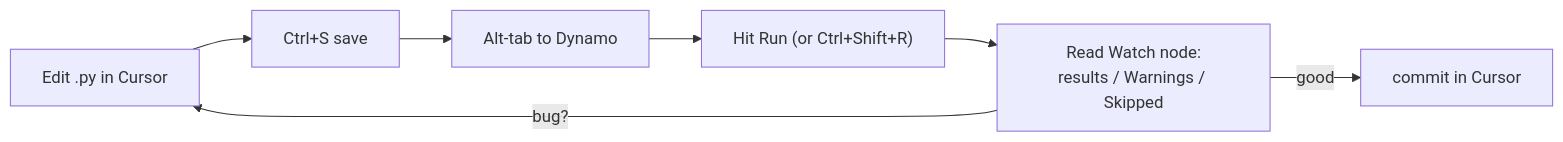
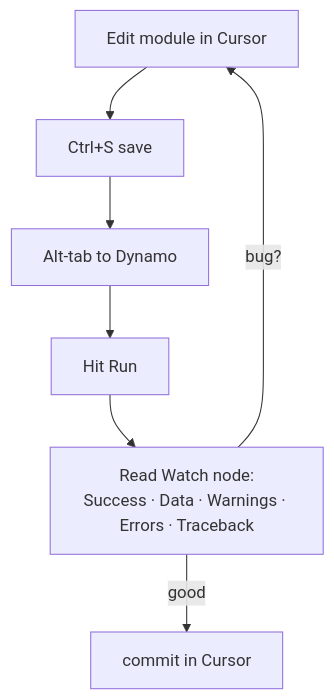
The second of 3 diagrams in docs/dev-env/dynamo-node-workflow.md (PrathamGitHub/dynamo-python-node-docs-v1), drawn with Mermaid before and after one commit. The commit also changed other lines of this file and 5 other files, not shown here.

First line of the commit message:
Refactor documentation to standardize results schema and improve context management examples

````diff
--- a/docs/dev-env/dynamo-node-workflow.md
+++ b/docs/dev-env/dynamo-node-workflow.md
@@ -96,9 +149,9 @@
 ```mermaid
-flowchart LR
-    A["Edit .py in Cursor"] --> B["Ctrl+S save"]
+flowchart TD
+    A["Edit module in Cursor"] --> B["Ctrl+S save"]
     B --> C["Alt-tab to Dynamo"]
-    C --> D["Hit Run (or Ctrl+Shift+R)"]
-    D --> E["Read Watch node:<br/>results / Warnings / Skipped"]
+    C --> D["Hit Run"]
+    D --> E["Read Watch node:<br/>Success · Data · Warnings · Errors · Traceback"]
     E -->|"bug?"| A
     E -->|"good"| F["commit in Cursor"]
 ```
````
